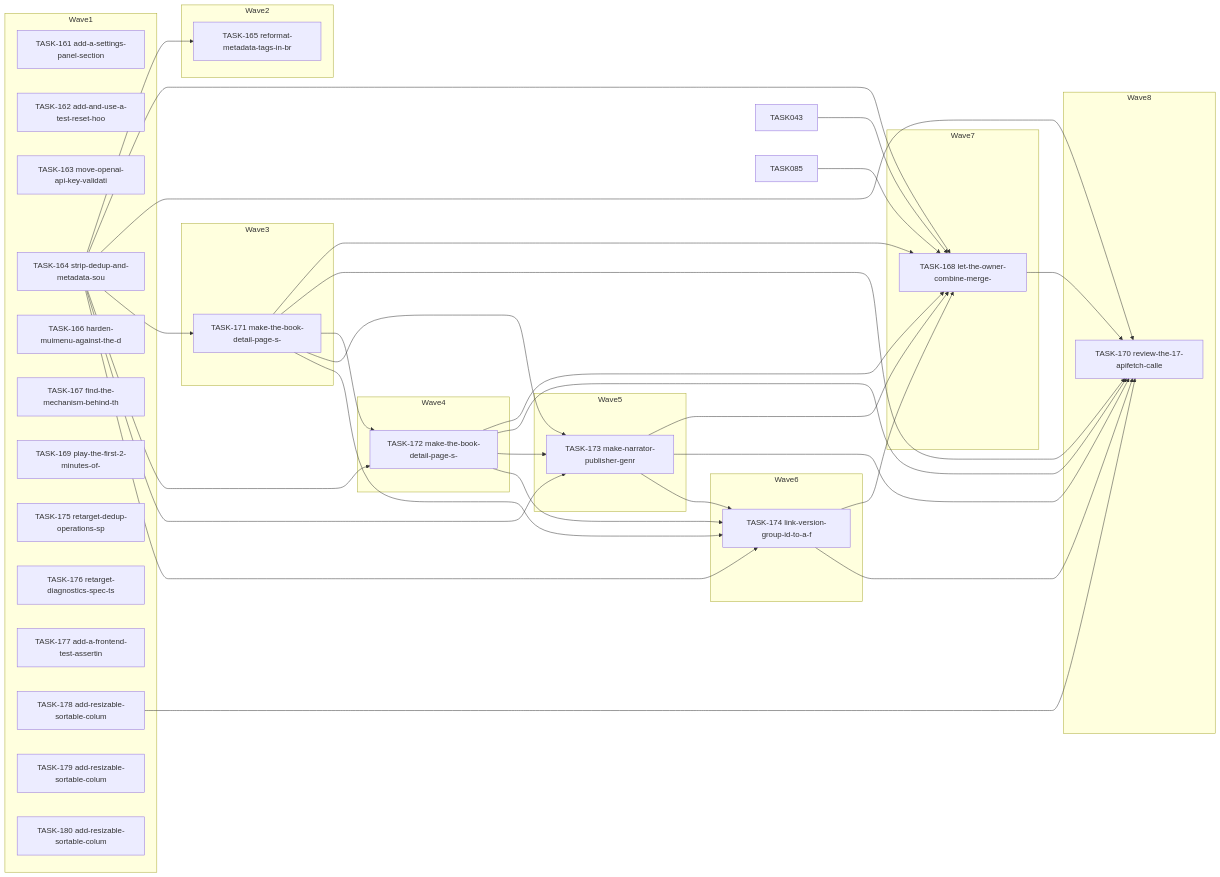
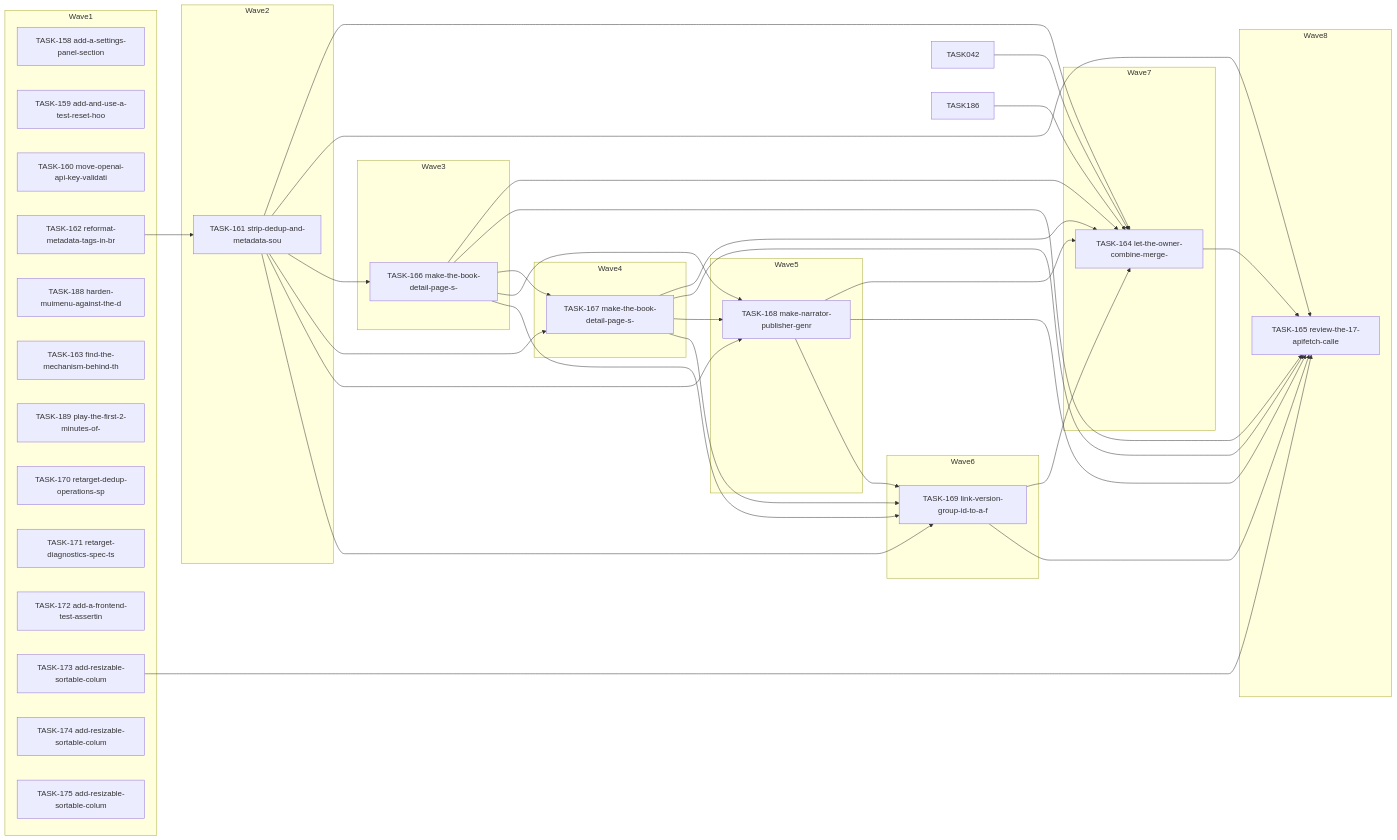
Before and after one commit to falkcorp/audiobook-organizer: the diagram in docs/agent-tasks/todo-completion/web/orchestration.md, drawn with Mermaid. The commit also changed other lines of this file and 406 other files, not shown here.

````diff
--- a/docs/agent-tasks/todo-completion/web/orchestration.md
+++ b/docs/agent-tasks/todo-completion/web/orchestration.md
@@ -12,64 +12,64 @@
 ```mermaid
 flowchart LR
     subgraph Wave1
-      TASK161[TASK-161 add-a-settings-panel-section]
-      TASK162[TASK-162 add-and-use-a-test-reset-hoo]
-      TASK163[TASK-163 move-openai-api-key-validati]
-      TASK164[TASK-164 strip-dedup-and-metadata-sou]
-      TASK166[TASK-166 harden-muimenu-against-the-d]
-      TASK167[TASK-167 find-the-mechanism-behind-th]
-      TASK169[TASK-169 play-the-first-2-minutes-of-]
-      TASK175[TASK-175 retarget-dedup-operations-sp]
-      TASK176[TASK-176 retarget-diagnostics-spec-ts]
-      TASK177[TASK-177 add-a-frontend-test-assertin]
-      TASK178[TASK-178 add-resizable-sortable-colum]
-      TASK179[TASK-179 add-resizable-sortable-colum]
-      TASK180[TASK-180 add-resizable-sortable-colum]
+      TASK158[TASK-158 add-a-settings-panel-section]
+      TASK159[TASK-159 add-and-use-a-test-reset-hoo]
+      TASK160[TASK-160 move-openai-api-key-validati]
+      TASK162[TASK-162 reformat-metadata-tags-in-br]
+      TASK188[TASK-188 harden-muimenu-against-the-d]
+      TASK163[TASK-163 find-the-mechanism-behind-th]
+      TASK189[TASK-189 play-the-first-2-minutes-of-]
+      TASK170[TASK-170 retarget-dedup-operations-sp]
+      TASK171[TASK-171 retarget-diagnostics-spec-ts]
+      TASK172[TASK-172 add-a-frontend-test-assertin]
+      TASK173[TASK-173 add-resizable-sortable-colum]
+      TASK174[TASK-174 add-resizable-sortable-colum]
+      TASK175[TASK-175 add-resizable-sortable-colum]
     end
     subgraph Wave2
-      TASK165[TASK-165 reformat-metadata-tags-in-br]
+      TASK161[TASK-161 strip-dedup-and-metadata-sou]
     end
     subgraph Wave3
-      TASK171[TASK-171 make-the-book-detail-page-s-]
+      TASK166[TASK-166 make-the-book-detail-page-s-]
     end
     subgraph Wave4
-      TASK172[TASK-172 make-the-book-detail-page-s-]
+      TASK167[TASK-167 make-the-book-detail-page-s-]
     end
     subgraph Wave5
-      TASK173[TASK-173 make-narrator-publisher-genr]
+      TASK168[TASK-168 make-narrator-publisher-genr]
     end
     subgraph Wave6
-      TASK174[TASK-174 link-version-group-id-to-a-f]
+      TASK169[TASK-169 link-version-group-id-to-a-f]
     end
     subgraph Wave7
-      TASK168[TASK-168 let-the-owner-combine-merge-]
+      TASK164[TASK-164 let-the-owner-combine-merge-]
     end
     subgraph Wave8
-      TASK170[TASK-170 review-the-17-apifetch-calle]
+      TASK165[TASK-165 review-the-17-apifetch-calle]
     end
-    TASK043 --> TASK168
-    TASK085 --> TASK168
+    TASK042 --> TASK164
+    TASK161 --> TASK164
+    TASK161 --> TASK165
+    TASK161 --> TASK166
+    TASK161 --> TASK167
+    TASK161 --> TASK168
+    TASK161 --> TASK169
+    TASK162 --> TASK161
     TASK164 --> TASK165
-    TASK164 --> TASK168
-    TASK164 --> TASK170
-    TASK164 --> TASK171
-    TASK164 --> TASK172
-    TASK164 --> TASK173
-    TASK164 --> TASK174
-    TASK168 --> TASK170
-    TASK171 --> TASK168
-    TASK171 --> TASK170
-    TASK171 --> TASK172
-    TASK171 --> TASK173
-    TASK171 --> TASK174
-    TASK172 --> TASK168
-    TASK172 --> TASK170
-    TASK172 --> TASK173
-    TASK172 --> TASK174
-    TASK173 --> TASK168
-    TASK173 --> TASK170
-    TASK173 --> TASK174
-    TASK174 --> TASK168
-    TASK174 --> TASK170
-    TASK178 --> TASK170
+    TASK166 --> TASK164
+    TASK166 --> TASK165
+    TASK166 --> TASK167
+    TASK166 --> TASK168
+    TASK166 --> TASK169
+    TASK167 --> TASK164
+    TASK167 --> TASK165
+    TASK167 --> TASK168
+    TASK167 --> TASK169
+    TASK168 --> TASK164
+    TASK168 --> TASK165
+    TASK168 --> TASK169
+    TASK169 --> TASK164
+    TASK169 --> TASK165
+    TASK173 --> TASK165
+    TASK186 --> TASK164
 ```
````
